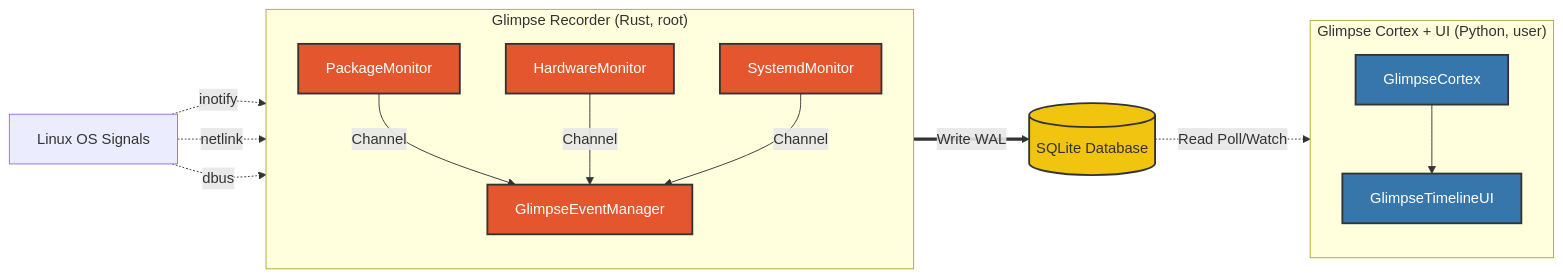
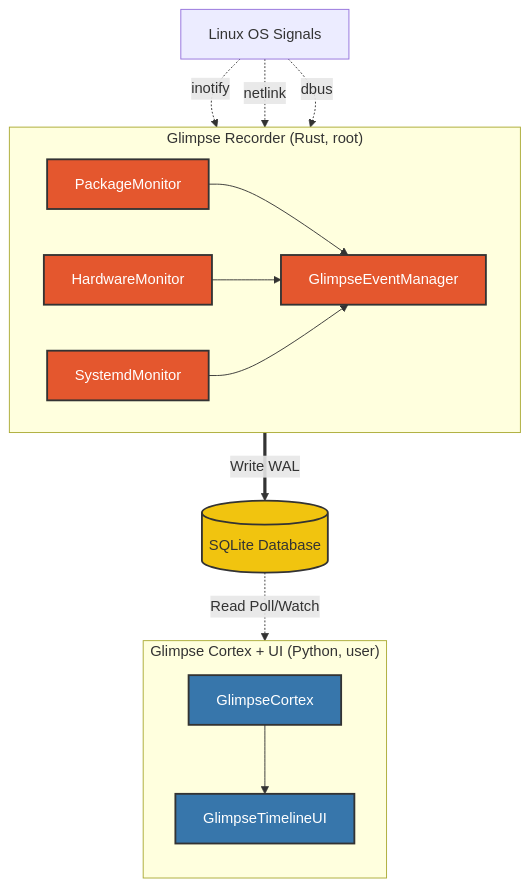
One commit to karthagokul/glimpse changed the diagram in README.md. Above: the diagram before and after it, drawn with Mermaid.

Commit message:
Refactor flowchart layout in README.md
Changed flow direction in the Recorder subgraph and updated the User Space subgraph connections. Adjusted flow connections and removed fixed lines for clarity.

````diff
--- a/README.md
+++ b/README.md
@@ -32,43 +32,46 @@
 ```mermaid
-flowchart LR
+flowchart TB
     OS[Linux OS Signals]
 
+    %% 1. The Recorder (Top Half)
     subgraph Recorder["Glimpse Recorder (Rust, root)"]
-        direction TB
+        direction LR
         PM[PackageMonitor]
         HM[HardwareMonitor]
         SM[SystemdMonitor]
         MGR[GlimpseEventManager]
+        
+        %% Internal Layout
+        PM --> MGR
+        HM --> MGR
+        SM --> MGR
     end
 
     DB[(SQLite Database)]
 
+    %% 2. The User Space (Bottom Half)
     subgraph UserSpace["Glimpse Cortex + UI (Python, user)"]
         direction TB
         Cortex[GlimpseCortex]
         UI[GlimpseTimelineUI]
+        
+        Cortex --> UI
     end
 
-    %% Flow Connections
+    %% Global Connections
     OS -.->|inotify| PM
     OS -.->|netlink| HM
     OS -.->|dbus| SM
 
-    PM -->|Channel| MGR
-    HM -->|Channel| MGR
-    SM -->|Channel| MGR
-
-    %% FIXED LINES BELOW
     MGR ==>|Write WAL| DB
     DB -.->|Read Poll/Watch| Cortex
-    Cortex --> UI
 
     %% Styling
     classDef rust fill:#e4572e,stroke:#333,stroke-width:2px,color:white;
     classDef python fill:#3776ab,stroke:#333,stroke-width:2px,color:white;
     classDef db fill:#f1c40f,stroke:#333,stroke-width:2px;
 
     class PM,HM,SM,MGR rust;
     class Cortex,UI python;
     class DB db;
 ```
````
